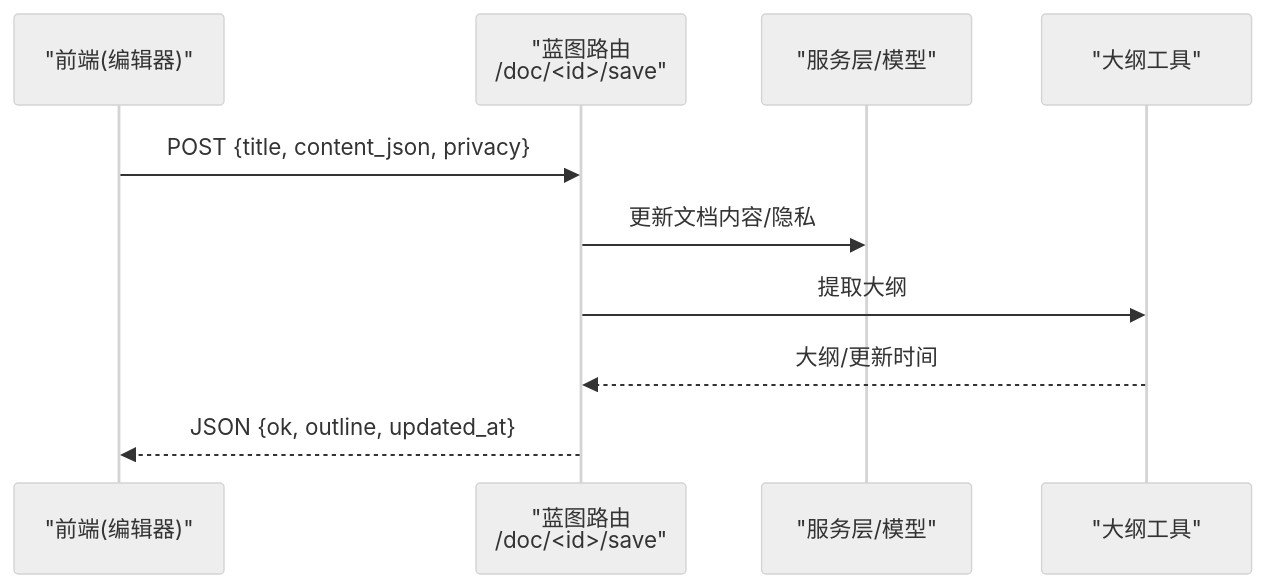
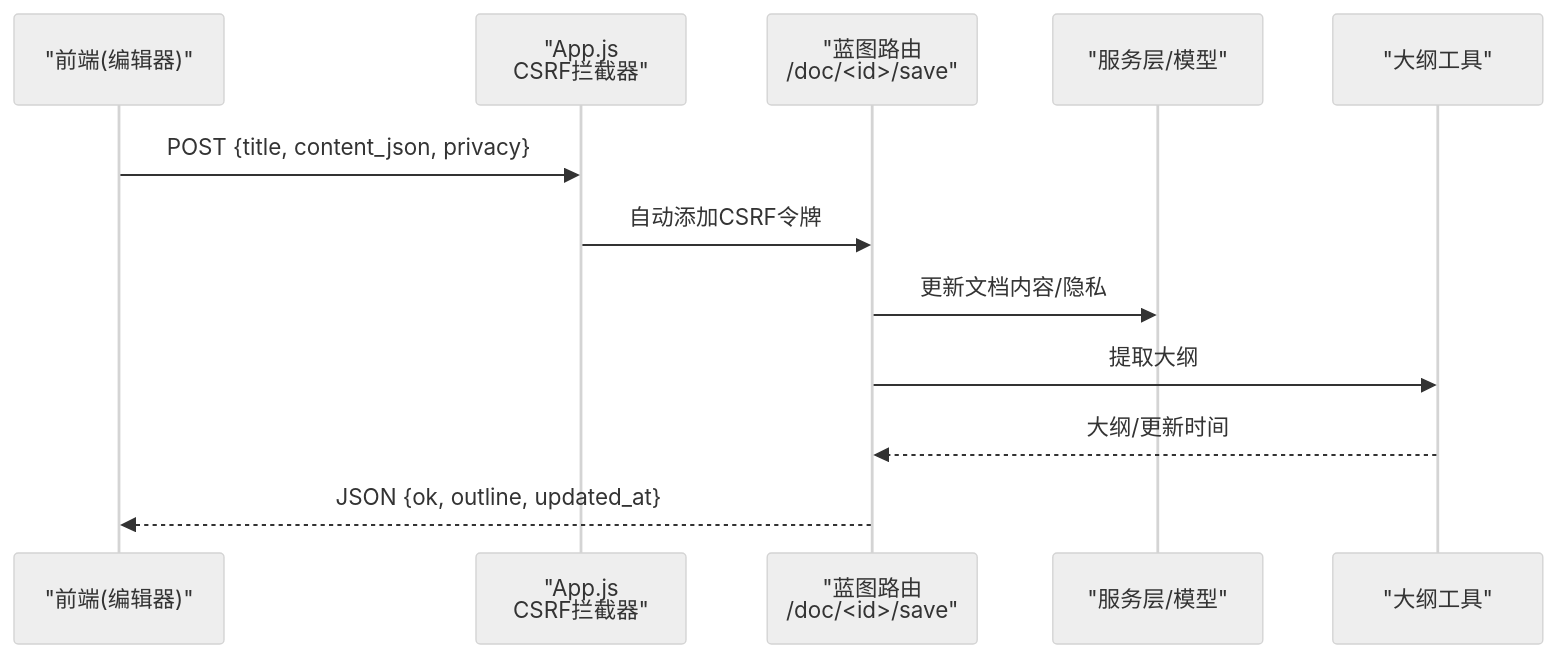
The seventh of 8 diagrams in .qoder/repowiki/zh/content/前端模板系统.md (beyondalbert/my_wiki), drawn with Mermaid (neutral theme) before and after one commit. The commit also changed other lines of this file and 12 other files, not shown here.

````diff
--- a/.qoder/repowiki/zh/content/前端模板系统.md
+++ b/.qoder/repowiki/zh/content/前端模板系统.md
@@ -223,12 +345,14 @@
 ```mermaid
 sequenceDiagram
 participant FE as "前端(编辑器)"
+participant JS as "App.js<br/>CSRF拦截器"
 participant BE as "蓝图路由<br/>/doc/<id>/save"
 participant SV as "服务层/模型"
 participant OUT as "大纲工具"
-FE->>BE : POST {title, content_json, privacy}
+FE->>JS : POST {title, content_json, privacy}
+JS->>BE : 自动添加CSRF令牌
 BE->>SV : 更新文档内容/隐私
 BE->>OUT : 提取大纲
 OUT-->>BE : 大纲/更新时间
 BE-->>FE : JSON {ok, outline, updated_at}
 ```
````
